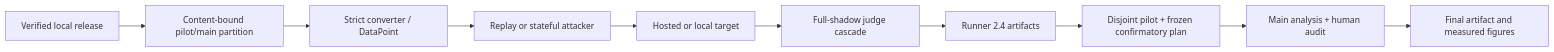
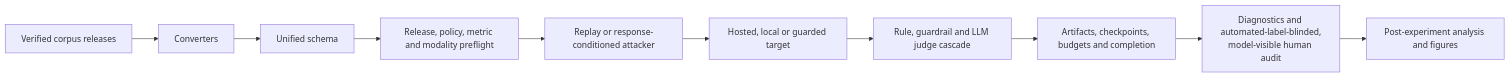
The diagram in docs/ARCHITECTURE.md (ctapnec/MLLMRiskBench), drawn with Mermaid before and after one commit. The commit also changed other lines of this file and 38 other files, not shown here.

````diff
--- a/docs/ARCHITECTURE.md
+++ b/docs/ARCHITECTURE.md
@@ -8,12 +3,12 @@
 ```mermaid
 flowchart LR
-    S[Verified local release] --> P[Content-bound pilot/main partition]
-    P --> C[Strict converter / DataPoint]
-    C --> A[Replay or stateful attacker]
-    A --> T[Hosted or local target]
-    T --> J[Full-shadow judge cascade]
-    J --> R[Runner 2.4 artifacts]
-    R --> D[Disjoint pilot + frozen confirmatory plan]
-    D --> H[Main analysis + human audit]
-    H --> F[Final artifact and measured figures]
+    S[Verified corpus releases] --> C[Converters]
+    C --> U[Unified schema]
+    U --> P[Release, policy, metric and modality preflight]
+    P --> A[Replay or response-conditioned attacker]
+    A --> T[Hosted, local or guarded target]
+    T --> J[Rule, guardrail and LLM judge cascade]
+    J --> R[Artifacts, checkpoints, budgets and completion]
+    R --> D[Diagnostics and automated-label-blinded,<br/>model-visible human audit]
+    D --> X[Post-experiment analysis and figures]
 ```
````
